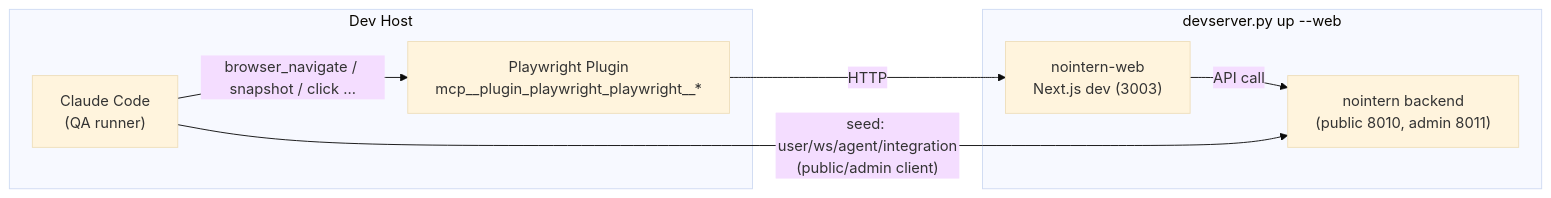
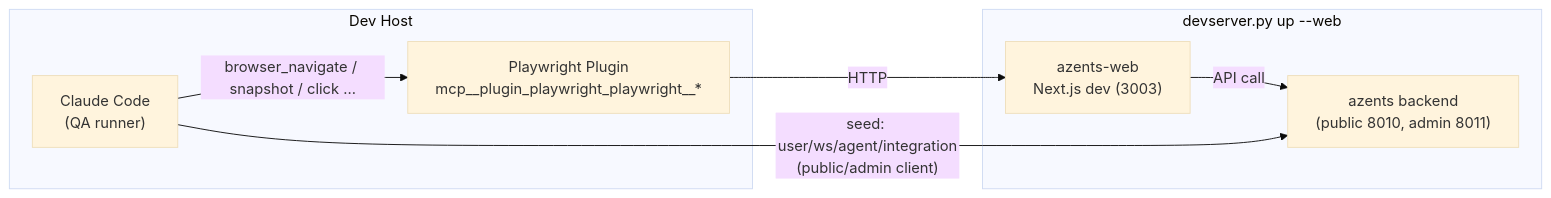
One commit to azents/azents changed the diagram in docs/azents/adr/stage4-260410-stage4-web.md. Above: the diagram before and after it, drawn with Mermaid (base theme). The commit also changed other lines of this file and 245 other files, not shown here.

````diff
--- a/docs/azents/adr/stage4-260410-stage4-web.md
+++ b/docs/azents/adr/stage4-260410-stage4-web.md
@@ -38,17 +38,17 @@
 ```mermaid
 flowchart LR
     subgraph Host["Dev Host"]
         QA["Claude Code\n(QA runner)"]
         PW["Playwright Plugin\nmcp__plugin_playwright_playwright__*"]
         QA -- "browser_navigate / snapshot / click ..." --> PW
     end
 
     subgraph Devserver["devserver.py up --web"]
-        Backend["nointern backend\n(public 8010, admin 8011)"]
-        Web["nointern-web\nNext.js dev (3003)"]
+        Backend["azents backend\n(public 8010, admin 8011)"]
+        Web["azents-web\nNext.js dev (3003)"]
     end
 
     PW -- "HTTP" --> Web
     Web -- "API call" --> Backend
     QA -- "seed: user/ws/agent/integration\n(public/admin client)" --> Backend
 ```
````
